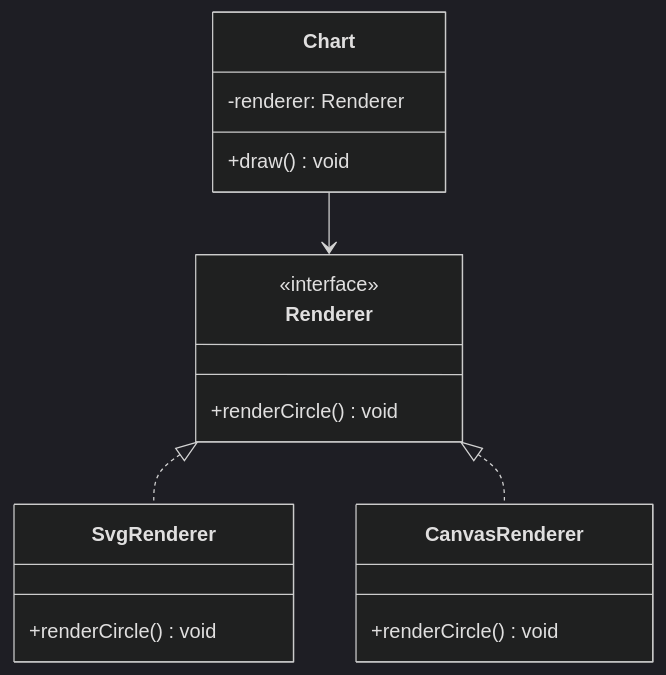
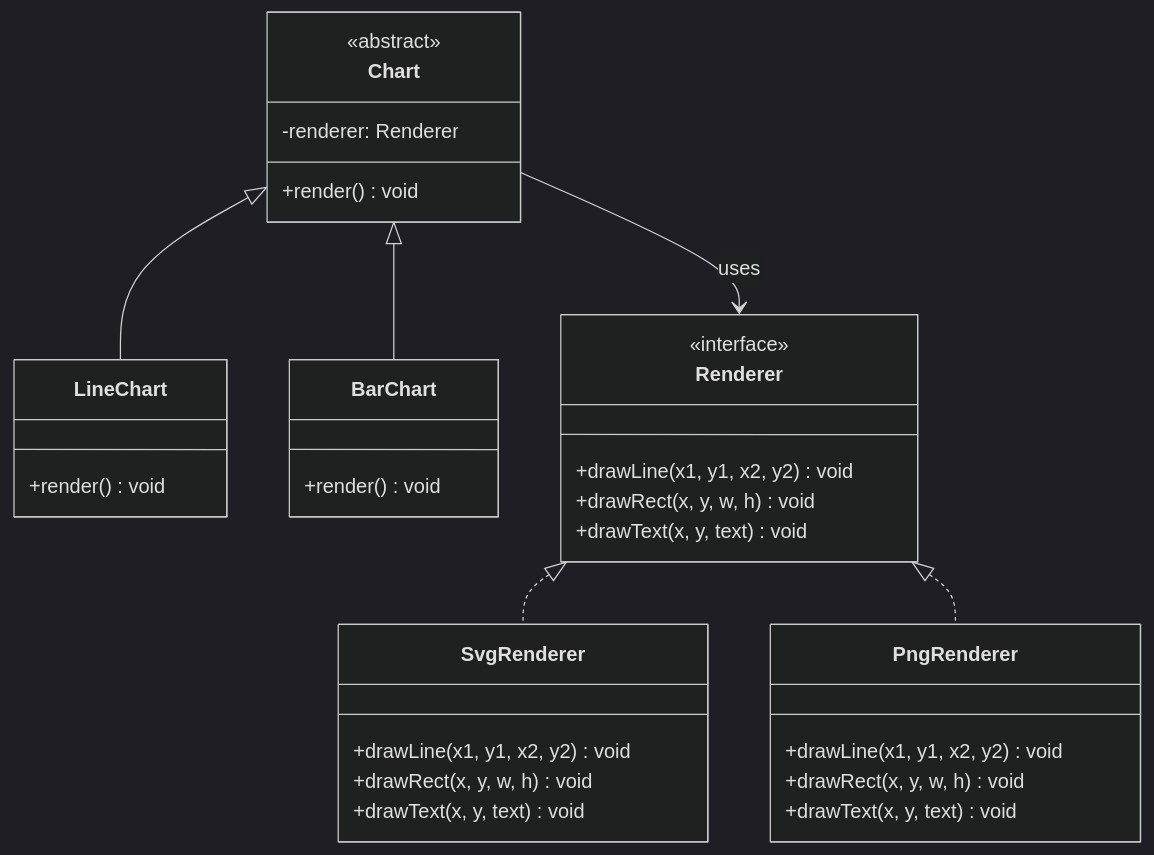
The diagram in docs/design-patterns/structural/bridge.md (shivam-g-mishra/blog), drawn with Mermaid (dark theme) before and after one commit. The commit also changed other lines of this file and 31 other files, not shown here.

````diff
--- a/docs/design-patterns/structural/bridge.md
+++ b/docs/design-patterns/structural/bridge.md
@@ -59,21 +77,41 @@
 ```mermaid
 classDiagram
-  class Chart {
-    -renderer: Renderer
-    +draw() void
-  }
-  class Renderer {
-    <<interface>>
-    +renderCircle() void
-  }
-  class SvgRenderer {
-    +renderCircle() void
-  }
-  class CanvasRenderer {
-    +renderCircle() void
-  }
-
-  Chart --> Renderer
-  Renderer <|.. SvgRenderer
-  Renderer <|.. CanvasRenderer
+    class Chart {
+        <<abstract>>
+        -renderer: Renderer
+        +render() void
+    }
+    
+    class LineChart {
+        +render() void
+    }
+    
+    class BarChart {
+        +render() void
+    }
+    
+    class Renderer {
+        <<interface>>
+        +drawLine(x1, y1, x2, y2) void
+        +drawRect(x, y, w, h) void
+        +drawText(x, y, text) void
+    }
+    
+    class SvgRenderer {
+        +drawLine(x1, y1, x2, y2) void
+        +drawRect(x, y, w, h) void
+        +drawText(x, y, text) void
+    }
+    
+    class PngRenderer {
+        +drawLine(x1, y1, x2, y2) void
+        +drawRect(x, y, w, h) void
+        +drawText(x, y, text) void
+    }
+    
+    Chart --> Renderer : uses
+    Chart <|-- LineChart
+    Chart <|-- BarChart
+    Renderer <|.. SvgRenderer
+    Renderer <|.. PngRenderer
 ```
````
